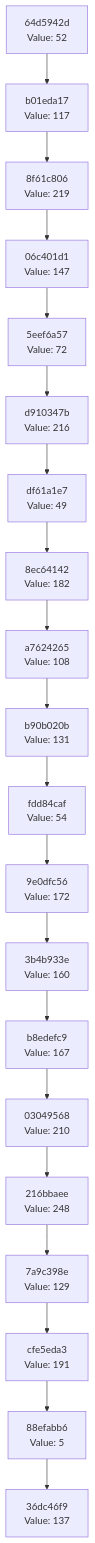
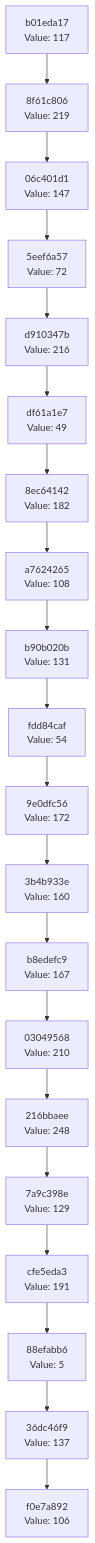
One commit to Abhisheksinha1506/hash-chain-evolver changed the diagram in docs/CHAIN_VISUALIZATION.md. Above: the diagram before and after it, drawn with Mermaid. The commit also changed 3 other files, not shown here.

````diff
--- a/docs/CHAIN_VISUALIZATION.md
+++ b/docs/CHAIN_VISUALIZATION.md
@@ -3,42 +3,42 @@
 ```mermaid
 graph TD
-    C0["36dc46f9<br/>Value: 137"]
-    C1["88efabb6<br/>Value: 5"]
+    C0["f0e7a892<br/>Value: 106"]
+    C1["36dc46f9<br/>Value: 137"]
     C1 --> C0
-    C2["cfe5eda3<br/>Value: 191"]
+    C2["88efabb6<br/>Value: 5"]
     C2 --> C1
-    C3["7a9c398e<br/>Value: 129"]
+    C3["cfe5eda3<br/>Value: 191"]
     C3 --> C2
-    C4["216bbaee<br/>Value: 248"]
+    C4["7a9c398e<br/>Value: 129"]
     C4 --> C3
-    C5["03049568<br/>Value: 210"]
+    C5["216bbaee<br/>Value: 248"]
     C5 --> C4
-    C6["b8edefc9<br/>Value: 167"]
+    C6["03049568<br/>Value: 210"]
     C6 --> C5
-    C7["3b4b933e<br/>Value: 160"]
+    C7["b8edefc9<br/>Value: 167"]
     C7 --> C6
-    C8["9e0dfc56<br/>Value: 172"]
+    C8["3b4b933e<br/>Value: 160"]
     C8 --> C7
-    C9["fdd84caf<br/>Value: 54"]
+    C9["9e0dfc56<br/>Value: 172"]
     C9 --> C8
-    C10["b90b020b<br/>Value: 131"]
+    C10["fdd84caf<br/>Value: 54"]
     C10 --> C9
-    C11["a7624265<br/>Value: 108"]
+    C11["b90b020b<br/>Value: 131"]
     C11 --> C10
-    C12["8ec64142<br/>Value: 182"]
+    C12["a7624265<br/>Value: 108"]
     C12 --> C11
-    C13["df61a1e7<br/>Value: 49"]
+    C13["8ec64142<br/>Value: 182"]
     C13 --> C12
-    C14["d910347b<br/>Value: 216"]
+    C14["df61a1e7<br/>Value: 49"]
     C14 --> C13
-    C15["5eef6a57<br/>Value: 72"]
+    C15["d910347b<br/>Value: 216"]
     C15 --> C14
-    C16["06c401d1<br/>Value: 147"]
+    C16["5eef6a57<br/>Value: 72"]
     C16 --> C15
-    C17["8f61c806<br/>Value: 219"]
+    C17["06c401d1<br/>Value: 147"]
     C17 --> C16
-    C18["b01eda17<br/>Value: 117"]
+    C18["8f61c806<br/>Value: 219"]
     C18 --> C17
-    C19["64d5942d<br/>Value: 52"]
+    C19["b01eda17<br/>Value: 117"]
     C19 --> C18
 ```
````
